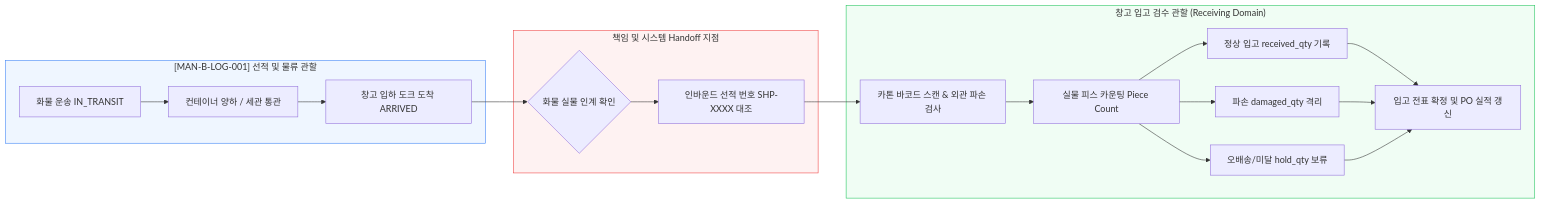
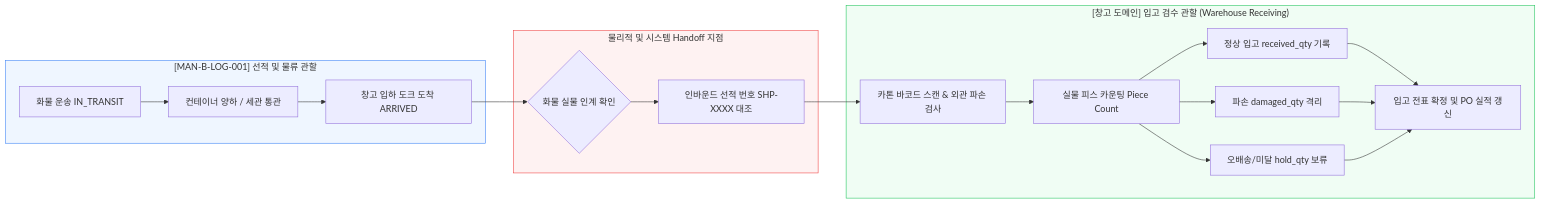
Before and after one commit to chaehahm-Kr/KBGP-Portal: the sixth of 7 diagrams in Manuals/MAN-B-LOG-001_Shipping-Logistics/01_SOURCE/MAN-B-LOG-001_Workflow_Map.md, drawn with Mermaid. The commit also changed other lines of this file and 3 other files, not shown here.

````diff
--- a/Manuals/MAN-B-LOG-001_Shipping-Logistics/01_SOURCE/MAN-B-LOG-001_Workflow_Map.md
+++ b/Manuals/MAN-B-LOG-001_Shipping-Logistics/01_SOURCE/MAN-B-LOG-001_Workflow_Map.md
@@ -167,25 +172,25 @@
 ```mermaid
 flowchart LR
     subgraph LOG_SCOPE["[MAN-B-LOG-001] 선적 및 물류 관할"]
         L1[화물 운송 IN_TRANSIT] --> L2[컨테이너 양하 / 세관 통관]
         L2 --> L3[창고 입하 도크 도착 ARRIVED]
     end
 
-    subgraph RC_BOUNDARY["책임 및 시스템 Handoff 지점"]
+    subgraph RC_BOUNDARY["물리적 및 시스템 Handoff 지점"]
         L3 --> B1{화물 실물 인계 확인}
         B1 --> B2[인바운드 선적 번호 SHP-XXXX 대조]
     end
 
-    subgraph WHS_SCOPE["창고 입고 검수 관할 (Receiving Domain)"]
+    subgraph WHS_SCOPE["[창고 도메인] 입고 검수 관할 (Warehouse Receiving)"]
         B2 --> W1[카톤 바코드 스캔 & 외관 파손 검사]
         W1 --> W2[실물 피스 카운팅 Piece Count]
         W2 --> W3[정상 입고 received_qty 기록]
         W2 --> W4[파손 damaged_qty 격리]
         W2 --> W5[오배송/미달 hold_qty 보류]
         W3 & W4 & W5 --> W6[입고 전표 확정 및 PO 실적 갱신]
     end
 
     style LOG_SCOPE fill:#eff6ff,stroke:#3b82f6
     style RC_BOUNDARY fill:#fef2f2,stroke:#ef4444
     style WHS_SCOPE fill:#f0fdf4,stroke:#22c55e
 ```
````
